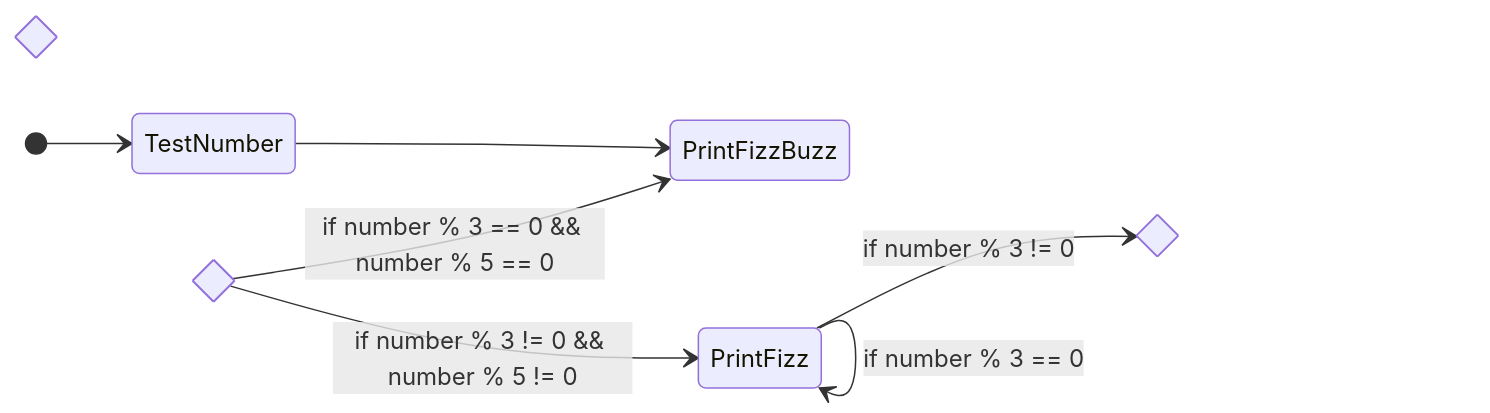
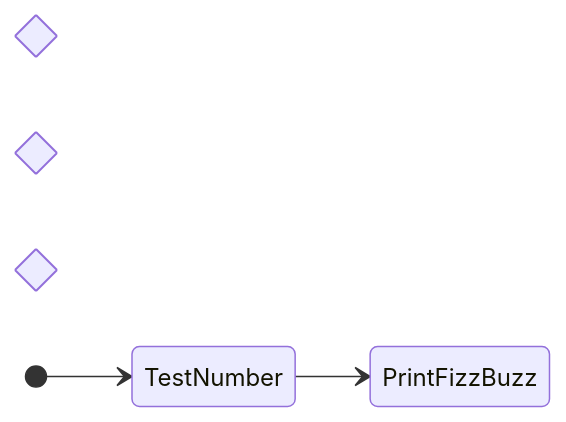
The eighth of 8 diagrams in cookbook/SDLC/Boxes and Arrows/boxes_and_arrows_fun.md (carteras/IT-CBR), drawn with Mermaid before and after one commit.

````diff
--- a/cookbook/SDLC/Boxes and Arrows/boxes_and_arrows_fun.md
+++ b/cookbook/SDLC/Boxes and Arrows/boxes_and_arrows_fun.md
@@ -117,13 +117,9 @@
 ```mermaid
   stateDiagram
     direction LR
     state fizz_state <<choice>>
     state buzz_state <<choice>>
     state fizzbuzz_state <<choice>>
     [*] --> TestNumber
     TestNumber --> PrintFizzBuzz
-    fizzbuzz_state --> PrintFizzBuzz: if number % 3 == 0 && number % 5 == 0
-    fizzbuzz_state --> PrintFizz: if number % 3 != 0 && number % 5 != 0
-    PrintFizz --> PrintFizz: if number % 3 == 0
-    PrintFizz --> buzz_state: if number % 3 != 0
 ```
````
